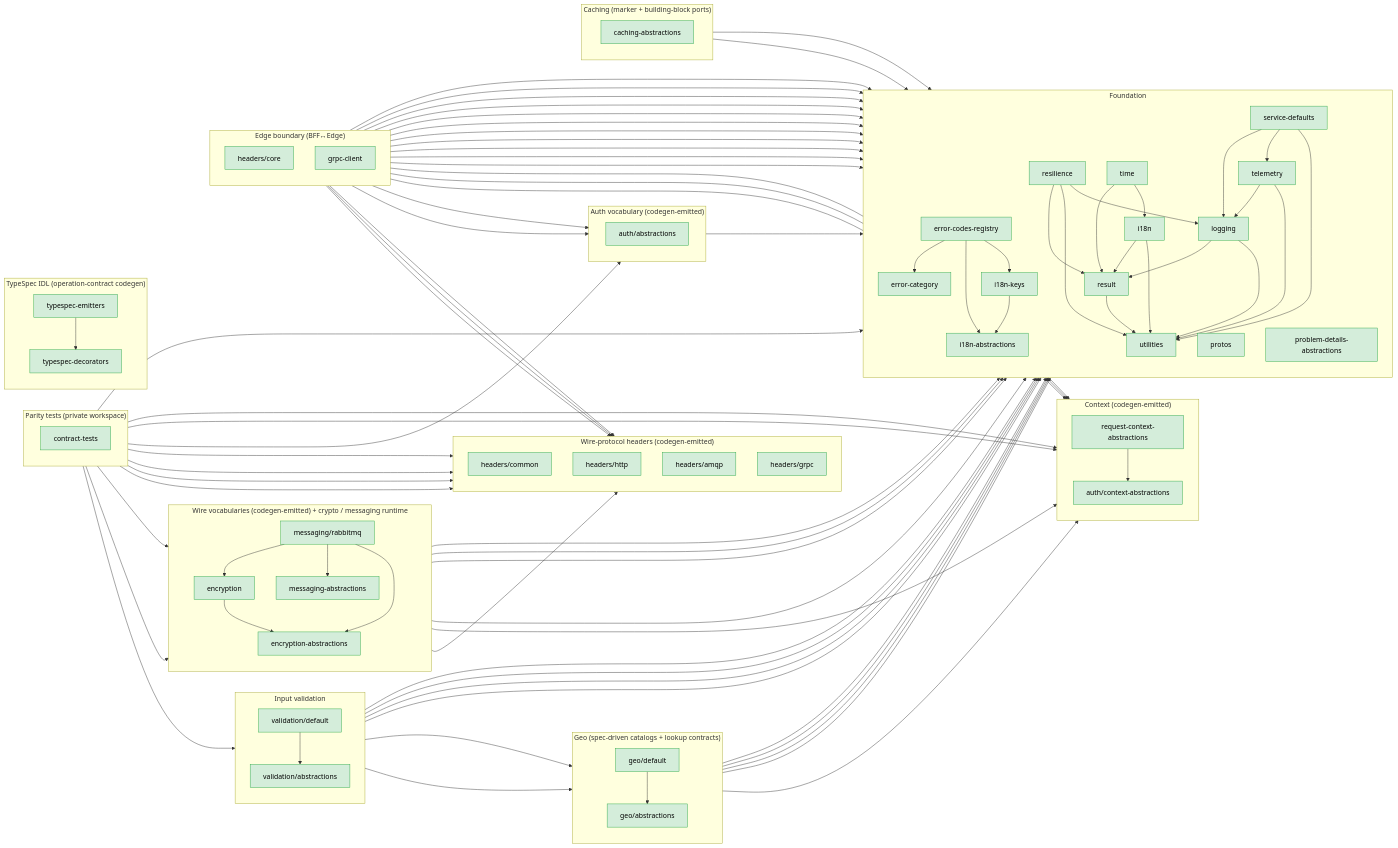
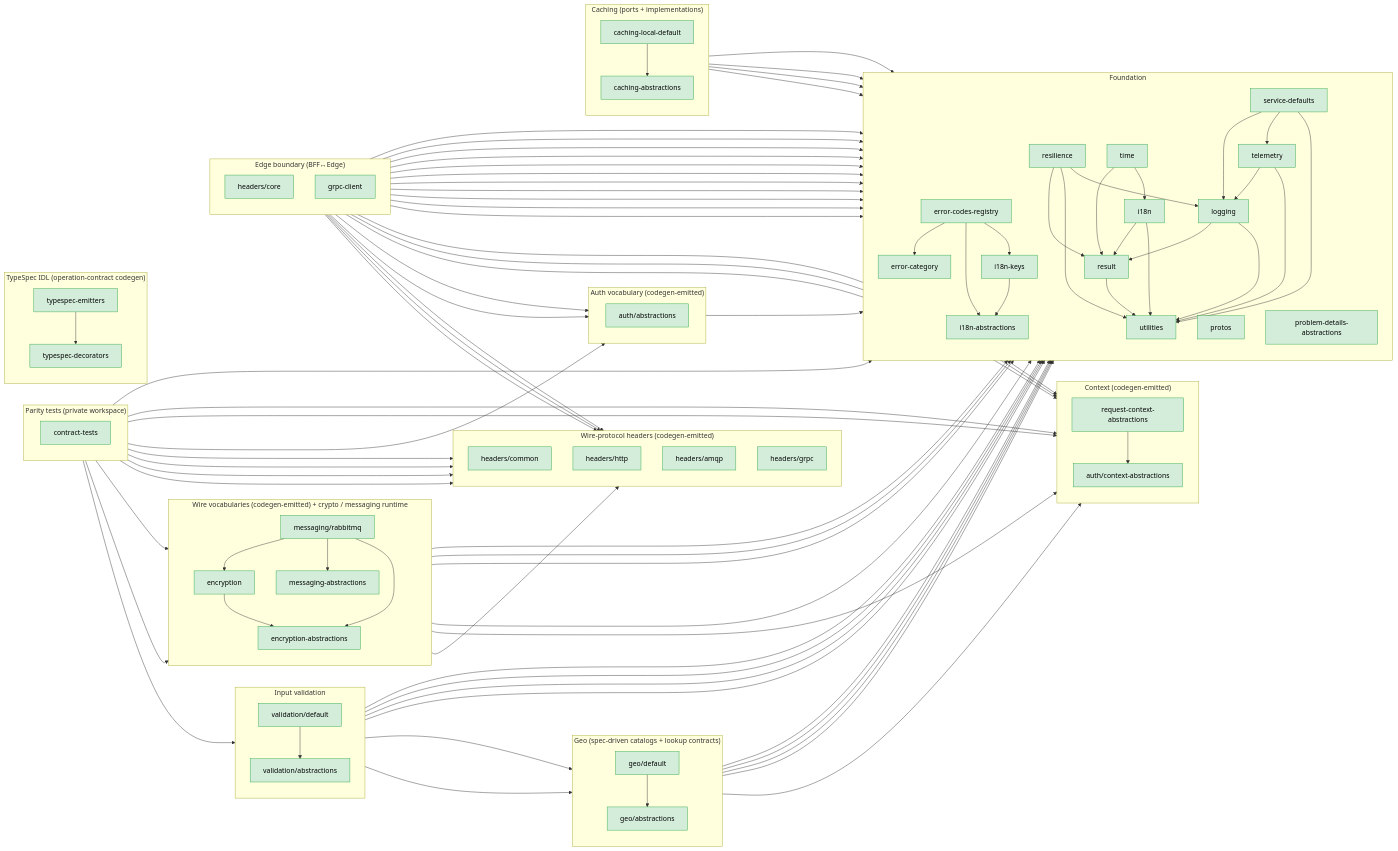
Before and after one commit to DSCV-io/D2-WORX: the diagram in server/shared/typescript/README.md, drawn with Mermaid. The commit also changed other lines of this file and 21 other files, not shown here.

Commit message:
feat(ts-caching): ship @d2/caching-local-default twin of DefaultLocalCache

````diff
--- a/server/shared/typescript/README.md
+++ b/server/shared/typescript/README.md
@@ -227,12 +227,16 @@
     MessagingRabbitMq --> ReqCtxAbs
     MessagingRabbitMq --> HeadersAmqp
 
-    subgraph CACHING["Caching (marker + building-block ports)"]
+    subgraph CACHING["Caching (ports + implementations)"]
         direction TB
         CachingAbs[caching-abstractions]
+        CachingLocalDefault[caching-local-default]
 
         CachingAbs --> Result
         CachingAbs --> I18nKeys
+        CachingLocalDefault --> CachingAbs
+        CachingLocalDefault --> Result
+        CachingLocalDefault --> Utilities
     end
 
     subgraph TYPESPEC["TypeSpec IDL (operation-contract codegen)"]
@@ -243,5 +247,5 @@
         TypespecEmitters --> TypespecDecorators
     end
 
-    class Result,Utilities,Resilience,I18n,Logging,Telemetry,ServiceDefaults,Protos,Time,ErrorCategory,I18nAbs,I18nKeys,ErrorCodesRegistry,ProblemDetailsAbs,AuthCtxAbs,ReqCtxAbs,AuthAbs,HeadersCommon,HeadersHttp,HeadersAmqp,HeadersGrpc,EncryptionAbs,MessagingAbs,Encryption,MessagingRabbitMq,Headers,GrpcClient,ContractTests,GeoAbs,GeoDefault,ValidationAbs,ValidationDefault,CachingAbs,TypespecDecorators,TypespecEmitters built
+    class Result,Utilities,Resilience,I18n,Logging,Telemetry,ServiceDefaults,Protos,Time,ErrorCategory,I18nAbs,I18nKeys,ErrorCodesRegistry,ProblemDetailsAbs,AuthCtxAbs,ReqCtxAbs,AuthAbs,HeadersCommon,HeadersHttp,HeadersAmqp,HeadersGrpc,EncryptionAbs,MessagingAbs,Encryption,MessagingRabbitMq,Headers,GrpcClient,ContractTests,GeoAbs,GeoDefault,ValidationAbs,ValidationDefault,CachingAbs,CachingLocalDefault,TypespecDecorators,TypespecEmitters built
 ```
````
